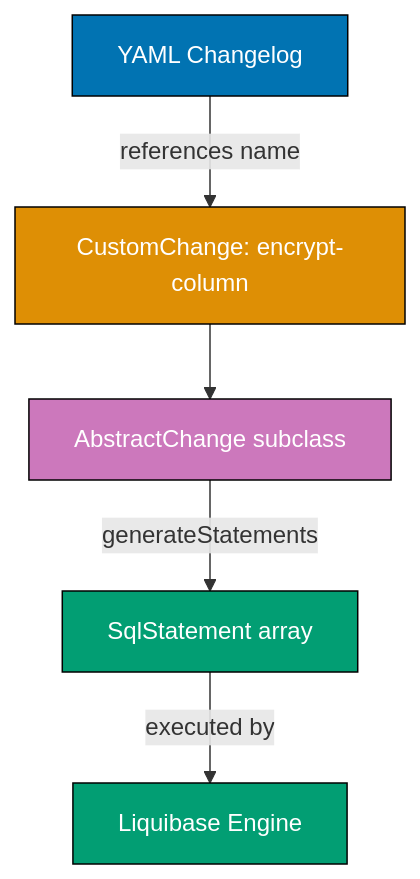
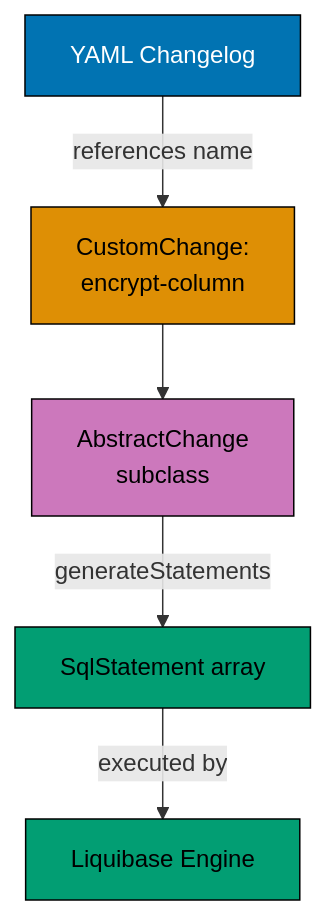
One commit to wahidyankf/ose-public changed the first of 8 diagrams in apps/ayokoding-www/content/en/learn/legacy/software-engineering/data/tools/java-liquibase/by-example/advanced.md. Above: the diagram before and after it, drawn with Mermaid. The commit also changed other lines of this file and 131 other files, not shown here.

First line of the commit message:
fix(mermaid): bring the legacy data, infrastructure, and testing diagrams onto the accessible palette

````diff
--- a/apps/ayokoding-www/content/en/learn/legacy/software-engineering/data/tools/java-liquibase/by-example/advanced.md
+++ b/apps/ayokoding-www/content/en/learn/legacy/software-engineering/data/tools/java-liquibase/by-example/advanced.md
@@ -27,14 +27,21 @@
 ```mermaid
 %% Color Palette: Blue #0173B2, Orange #DE8F05, Teal #029E73, Purple #CC78BC, Brown #CA9161
 graph TD
-    A[YAML Changelog] -->|references name| B[CustomChange: encrypt-column]
-    B --> C[AbstractChange subclass]
+    accTitle: Example 61: Custom Change Class
+    accDescr: Graph with 5 nodes and 4 connections. Nodes: YAML Changelog, CustomChange: encrypt-column, AbstractChange subclass, SqlStatement array, Liquibase Engine. Connections: YAML Changelog to CustomChange: encrypt-column (references name), CustomChange: encrypt-column to AbstractChange subclass, AbstractChange subclass to SqlStatement array (generateStatements), SqlStatement array to Liquibase Engine (executed by).
+    A[YAML Changelog] -->|references name| B[CustomChange:<br/>encrypt-column]
+    B --> C[AbstractChange<br/>subclass]
     C -->|generateStatements| D[SqlStatement array]
     D -->|executed by| E[Liquibase Engine]
 
-    style A fill:#0173B2,stroke:#000,color:#fff
-    style B fill:#DE8F05,stroke:#000,color:#fff
-    style C fill:#CC78BC,stroke:#000,color:#fff
-    style D fill:#029E73,stroke:#000,color:#fff
-    style E fill:#029E73,stroke:#000,color:#fff
+    classDef pal-0173B2 fill:#0173B2,stroke:#000000,color:#FFFFFF
+    class A pal-0173B2
+    classDef pal-DE8F05 fill:#DE8F05,stroke:#000000,color:#000000
+    class B pal-DE8F05
+    classDef pal-CC78BC fill:#CC78BC,stroke:#000000,color:#000000
+    class C pal-CC78BC
+    classDef pal-029E73 fill:#029E73,stroke:#000000,color:#000000
+    class D pal-029E73
+    class E pal-029E73
+    classDef default fill:#FFFFFF,stroke:#000000,color:#000000
 ```
````
